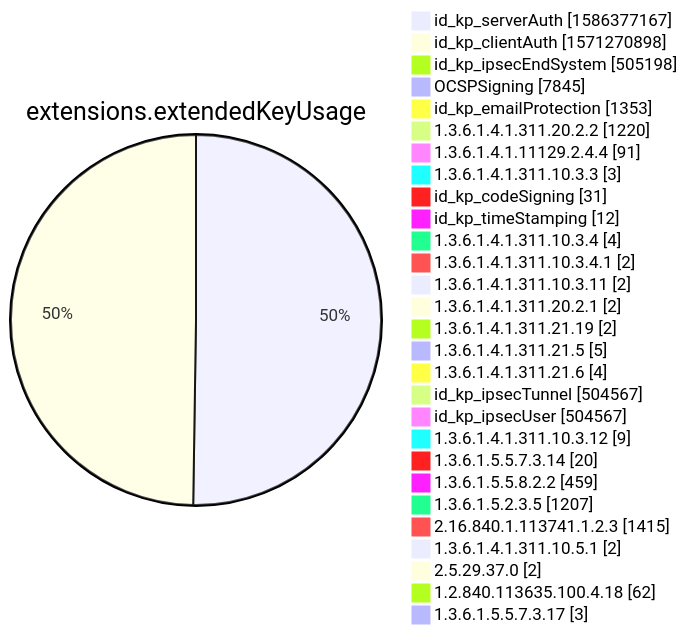
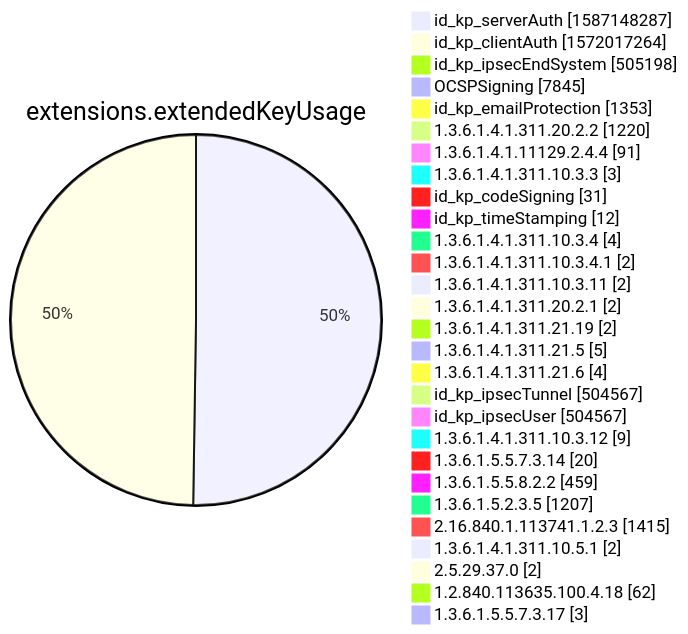
Before and after one commit to christiankrug/ctmonitor_visualization: diagram 12 of 15 in xenon2022/README.md, drawn with Mermaid. The commit also changed other lines of this file, not shown here.

````diff
--- a/xenon2022/README.md
+++ b/xenon2022/README.md
@@ -3884,32 +3884,32 @@
 ```mermaid
 pie showData
 title extensions.extendedKeyUsage
-"id_kp_serverAuth" :1586377167
-"id_kp_clientAuth" :1571270898
+"id_kp_serverAuth" :1587148287
+"id_kp_clientAuth" :1572017264
 "id_kp_ipsecEndSystem" :505198
 "OCSPSigning" :7845
 "id_kp_emailProtection" :1353
 "1.3.6.1.4.1.311.20.2.2" :1220
 "1.3.6.1.4.1.11129.2.4.4" :91
 "1.3.6.1.4.1.311.10.3.3" :3
 "id_kp_codeSigning" :31
 "id_kp_timeStamping" :12
 "1.3.6.1.4.1.311.10.3.4" :4
 "1.3.6.1.4.1.311.10.3.4.1" :2
 "1.3.6.1.4.1.311.10.3.11" :2
 "1.3.6.1.4.1.311.20.2.1" :2
 "1.3.6.1.4.1.311.21.19" :2
 "1.3.6.1.4.1.311.21.5" :5
 "1.3.6.1.4.1.311.21.6" :4
 "id_kp_ipsecTunnel" :504567
 "id_kp_ipsecUser" :504567
 "1.3.6.1.4.1.311.10.3.12" :9
 "1.3.6.1.5.5.7.3.14" :20
 "1.3.6.1.5.5.8.2.2" :459
 "1.3.6.1.5.2.3.5" :1207
 "2.16.840.1.113741.1.2.3" :1415
 "1.3.6.1.4.1.311.10.5.1" :2
 "2.5.29.37.0" :2
 "1.2.840.113635.100.4.18" :62
 "1.3.6.1.5.5.7.3.17" :3
 ```
````
